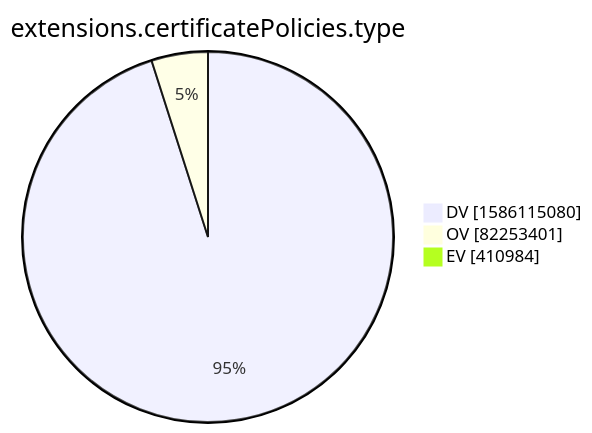
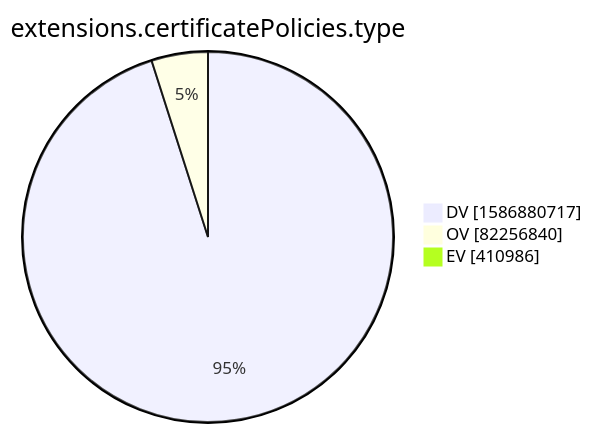
One commit to christiankrug/ctmonitor_visualization changed the tenth of 15 diagrams in xenon2022/README.md. Above: the diagram before and after it, drawn with Mermaid. The commit also changed other lines of this file, not shown here.

````diff
--- a/xenon2022/README.md
+++ b/xenon2022/README.md
@@ -2877,7 +2878,7 @@
 ```mermaid
 pie showData
 title extensions.certificatePolicies.type
-"DV" :1586115080
-"OV" :82253401
-"EV" :410984
+"DV" :1586880717
+"OV" :82256840
+"EV" :410986
 ```
````
